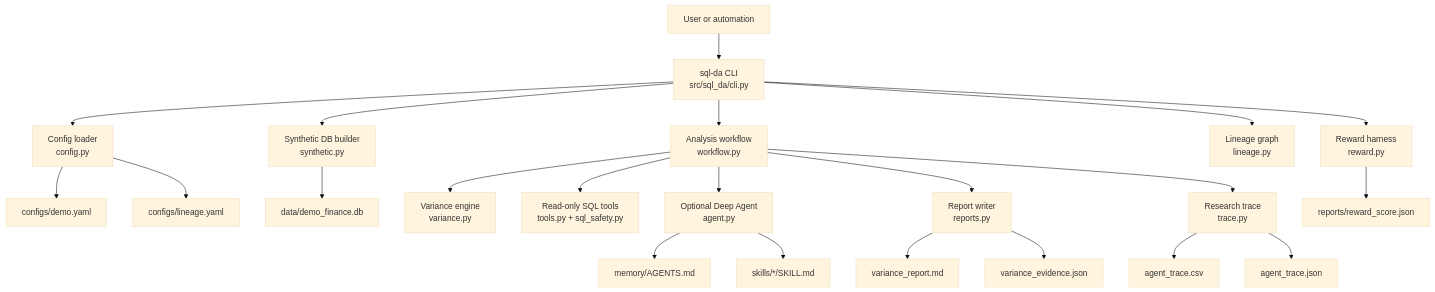
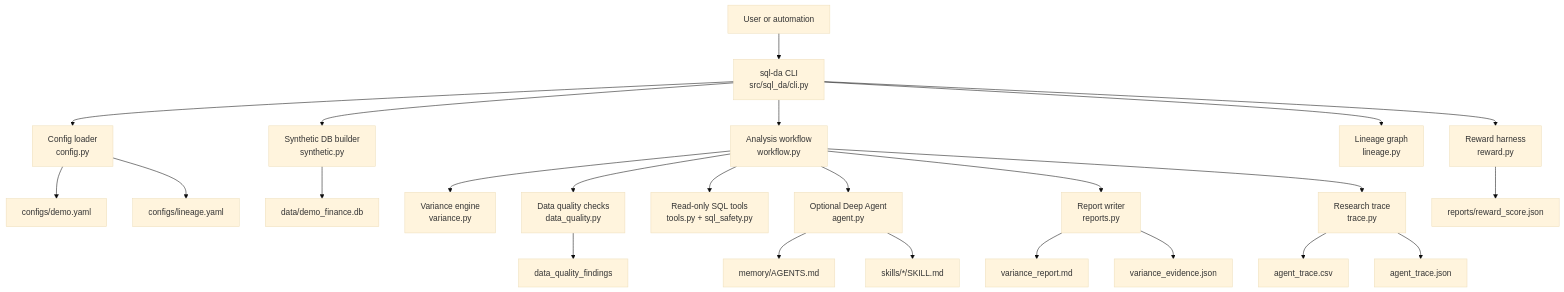
Before and after one commit to gustavorubim/sql-da: the first of 8 diagrams in README.md, drawn with Mermaid (base theme). The commit also changed other lines of this file and 15 other files, not shown here.

First line of the commit message:
docs: Update README with data quality features and adjusted demo dataset

````diff
--- a/README.md
+++ b/README.md
@@ -147,27 +162,29 @@
 ```mermaid
 flowchart TB
     User["User or automation"] --> CLI["sql-da CLI<br/>src/sql_da/cli.py"]
 
     CLI --> Config["Config loader<br/>config.py"]
     CLI --> Synthetic["Synthetic DB builder<br/>synthetic.py"]
     CLI --> Workflow["Analysis workflow<br/>workflow.py"]
     CLI --> Lineage["Lineage graph<br/>lineage.py"]
     CLI --> Reward["Reward harness<br/>reward.py"]
 
     Config --> DemoYaml["configs/demo.yaml"]
     Config --> LineageYaml["configs/lineage.yaml"]
     Synthetic --> SQLite["data/demo_finance.db"]
     Workflow --> Variance["Variance engine<br/>variance.py"]
+    Workflow --> DataQuality["Data quality checks<br/>data_quality.py"]
     Workflow --> Tools["Read-only SQL tools<br/>tools.py + sql_safety.py"]
     Workflow --> Agent["Optional Deep Agent<br/>agent.py"]
     Workflow --> Reports["Report writer<br/>reports.py"]
     Workflow --> Trace["Research trace<br/>trace.py"]
 
     Agent --> Memory["memory/AGENTS.md"]
     Agent --> Skills["skills/*/SKILL.md"]
     Reports --> Markdown["variance_report.md"]
     Reports --> Evidence["variance_evidence.json"]
     Trace --> TraceCsv["agent_trace.csv"]
     Trace --> TraceJson["agent_trace.json"]
     Reward --> RewardJson["reports/reward_score.json"]
+    DataQuality --> DQEvidence["data_quality_findings"]
 ```
````
